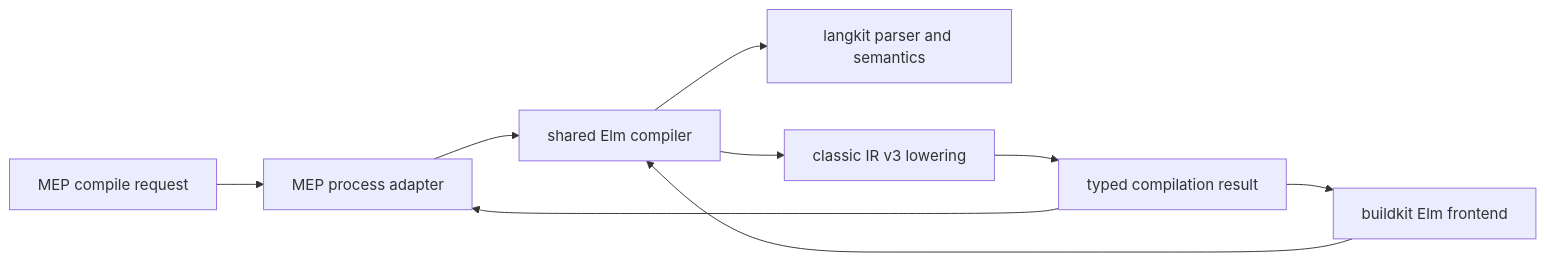
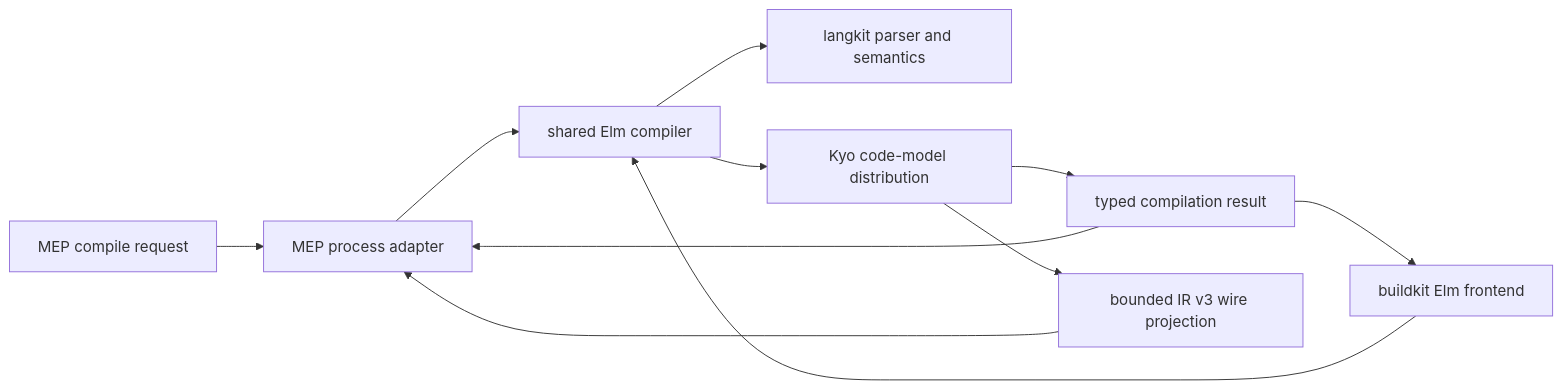
One commit to finos/morphir-scala changed the first of 2 diagrams in kb/bundles/morphir/morphir-scala/design/elm-frontend-extension.md. Above: the diagram before and after it, drawn with Mermaid. The commit also changed other lines of this file and 38 other files, not shown here.

````diff
--- a/kb/bundles/morphir/morphir-scala/design/elm-frontend-extension.md
+++ b/kb/bundles/morphir/morphir-scala/design/elm-frontend-extension.md
@@ -56,11 +59,13 @@
 ```mermaid
 flowchart LR
     Request["MEP compile request"] --> Adapter["MEP process adapter"]
     InProcess["buildkit Elm frontend"] --> Compiler["shared Elm compiler"]
     Adapter --> Compiler
     Compiler --> Parser["langkit parser and semantics"]
-    Compiler --> Lowering["classic IR v3 lowering"]
-    Lowering --> Result["typed compilation result"]
+    Compiler --> Model["Kyo code-model distribution"]
+    Model --> Result["typed compilation result"]
+    Model --> Projection["bounded IR v3 wire projection"]
+    Projection --> Adapter
     Result --> Adapter
     Result --> InProcess
 ```
````
